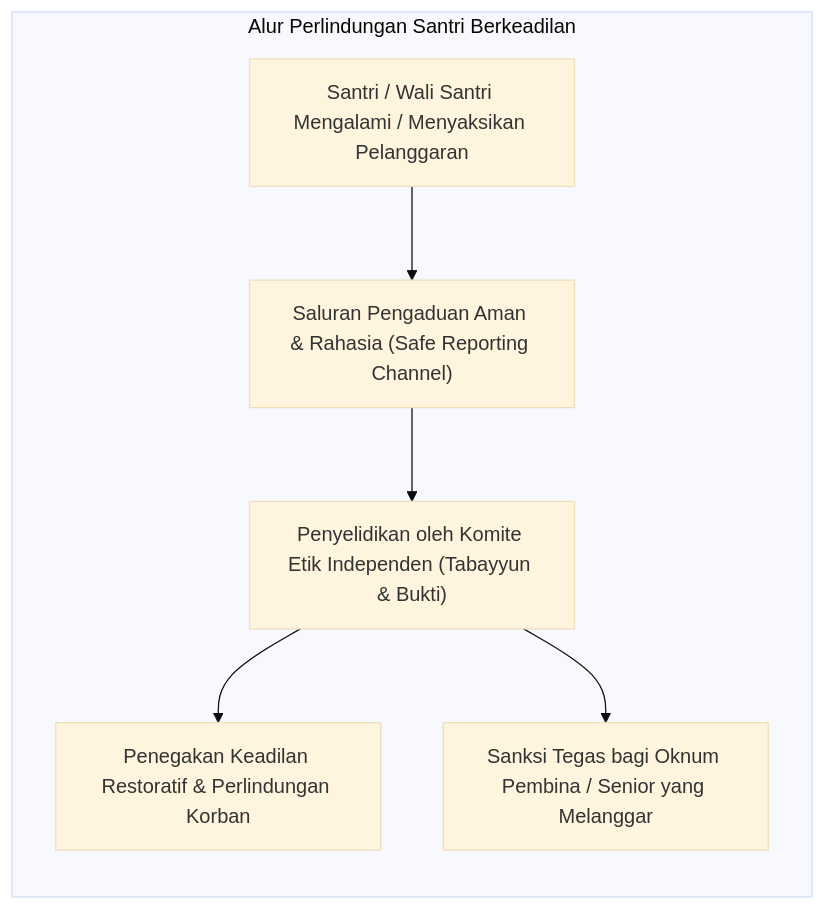
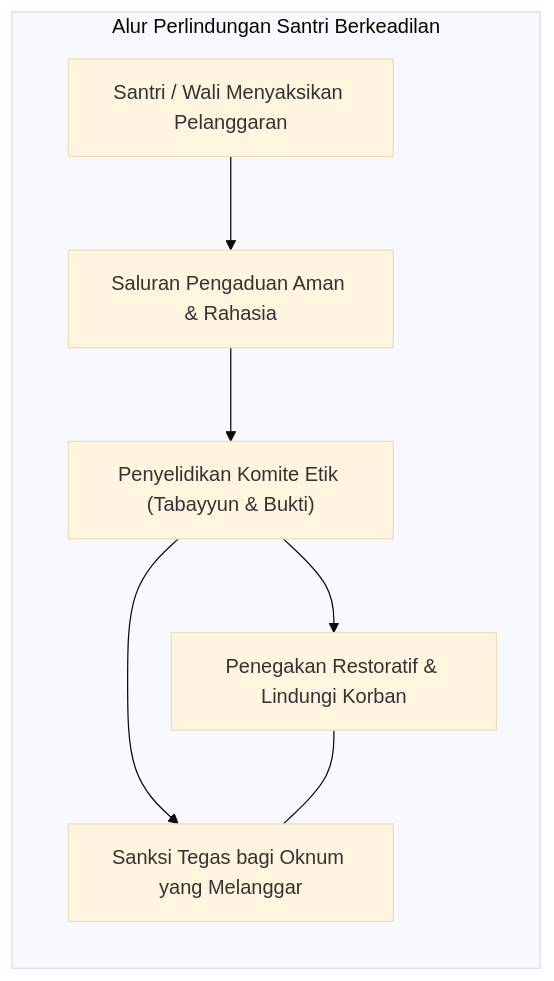
One commit to wandiapriliyandi/tumbuh changed the third of 4 diagrams in BOOK Series 1/01-The-Fundamental-of-TUMBUH/Bab-09-Tata-Kelola-Epistemik-dan-Etika-Pengambilan-Keputusan.md. Above: the diagram before and after it, drawn with Mermaid (base theme). The commit also changed other lines of this file and 35 other files, not shown here.

Commit message:
fix(book-01): optimasi keterbacaan diagram mermaid pada seluruh bab dan perbarui 20 file PDF

````diff
--- a/BOOK Series 1/01-The-Fundamental-of-TUMBUH/Bab-09-Tata-Kelola-Epistemik-dan-Etika-Pengambilan-Keputusan.md
+++ b/BOOK Series 1/01-The-Fundamental-of-TUMBUH/Bab-09-Tata-Kelola-Epistemik-dan-Etika-Pengambilan-Keputusan.md
@@ -158,9 +158,13 @@
 ```mermaid
-graph LR
+graph TD
     subgraph MEKANISME_AKUNTABILITAS_TUMBUH["Alur Perlindungan Santri Berkeadilan"]
-        L["Santri / Wali Santri Mengalami / Menyaksikan Pelanggaran"] --> K["Saluran Pengaduan Aman & Rahasia (Safe Reporting Channel)"]
-        K --> P["Penyelidikan oleh Komite Etik Independen (Tabayyun & Bukti)"]
-        P --> T["Penegakan Keadilan Restoratif & Perlindungan Korban"]
-        P --> S["Sanksi Tegas bagi Oknum Pembina / Senior yang Melanggar"]
+        direction TB
+        L["Santri / Wali Menyaksikan Pelanggaran"]
+        --> K["Saluran Pengaduan Aman & Rahasia"]
+        --> P["Penyelidikan Komite Etik (Tabayyun & Bukti)"]
+        
+        P --> T["Penegakan Restoratif & Lindungi Korban"]
+        P --> S["Sanksi Tegas bagi Oknum yang Melanggar"]
+        T --- S
     end
 ```
````
